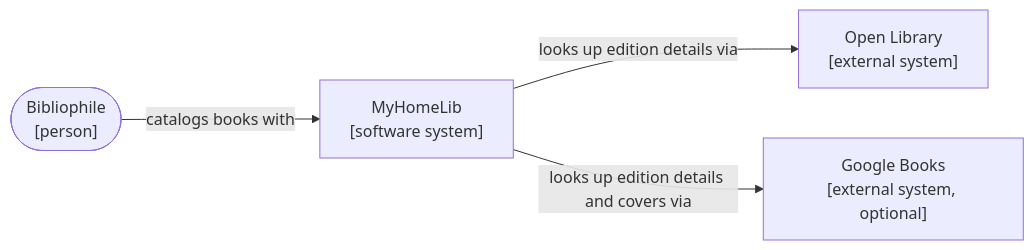
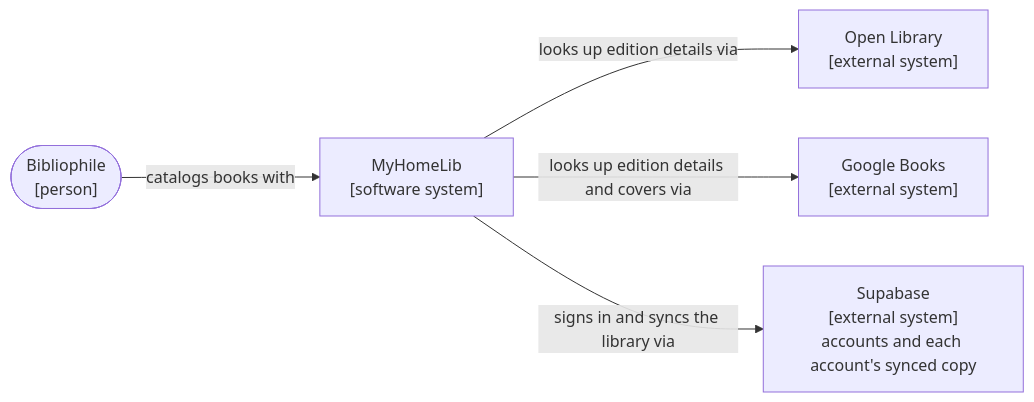
The first of 7 diagrams in README.md (ghechavarria/cen5064-project-hechavarria), drawn with Mermaid before and after one commit. The commit also changed other lines of this file, not shown here.

First line of the commit message:
README: architecture diagrams and tier table cover feature 4; ADR-012 listed

````diff
--- a/README.md
+++ b/README.md
@@ -133,6 +133,7 @@
 ```mermaid
 flowchart LR
     user(["Bibliophile<br/>[person]"]) -->|catalogs books with| system["MyHomeLib<br/>[software system]"]
     system -->|looks up edition details via| openLibrary["Open Library<br/>[external system]"]
-    system -->|looks up edition details and covers via| google["Google Books<br/>[external system, optional]"]
+    system -->|looks up edition details and covers via| google["Google Books<br/>[external system]"]
+    system -->|signs in and syncs the library via| supabase["Supabase<br/>[external system]<br/>accounts and each account's synced copy"]
 ```
````
